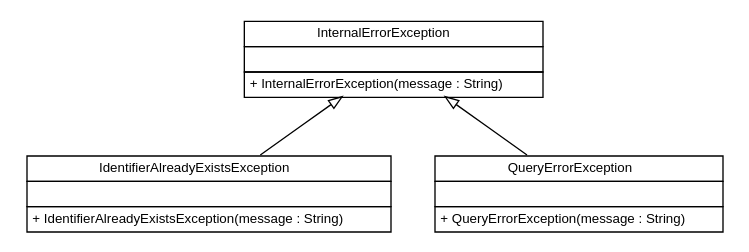
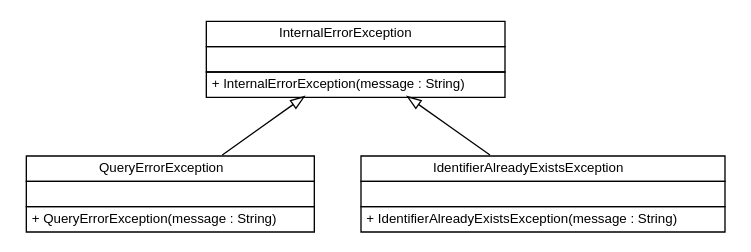
The diagram in site/apidocs/de/tud/plt/r43ples/exception/de.tud.plt.r43ples.exception.dot (adrianorzyszek/r43ples), drawn with Graphviz before and after one commit. The commit also changed 333 other files, not shown here.

```diff
--- a/site/apidocs/de/tud/plt/r43ples/exception/de.tud.plt.r43ples.exception.dot
+++ b/site/apidocs/de/tud/plt/r43ples/exception/de.tud.plt.r43ples.exception.dot
@@ -1,52 +1,52 @@
 #!/usr/local/bin/dot
 #
 # Class diagram 
 # Generated by UMLGraph version R5_6-24-gf6e263 (http://www.umlgraph.org/)
 #
 
 digraph G {
 	edge [fontname="Helvetica",fontsize=10,labelfontname="Helvetica",labelfontsize=10];
 	node [fontname="Helvetica",fontsize=10,shape=plaintext];
 	nodesep=0.25;
 	ranksep=0.5;
-	// de.tud.plt.r43ples.exception.IdentifierAlreadyExistsException
-	c279 [label=<<table title="de.tud.plt.r43ples.exception.IdentifierAlreadyExistsException" border="0" cellborder="1" cellspacing="0" cellpadding="2" port="p" href="./IdentifierAlreadyExistsException.html">
-		<tr><td><table border="0" cellspacing="0" cellpadding="1">
-<tr><td align="center" balign="center"> IdentifierAlreadyExistsException </td></tr>
-		</table></td></tr>
-		<tr><td><table border="0" cellspacing="0" cellpadding="1">
-<tr><td align="left" balign="left">  </td></tr>
-		</table></td></tr>
-		<tr><td><table border="0" cellspacing="0" cellpadding="1">
-<tr><td align="left" balign="left"> + IdentifierAlreadyExistsException(message : String) </td></tr>
-		</table></td></tr>
-		</table>>, URL="./IdentifierAlreadyExistsException.html", fontname="Helvetica", fontcolor="black", fontsize=10.0];
 	// de.tud.plt.r43ples.exception.InternalErrorException
-	c280 [label=<<table title="de.tud.plt.r43ples.exception.InternalErrorException" border="0" cellborder="1" cellspacing="0" cellpadding="2" port="p" href="./InternalErrorException.html">
+	c220 [label=<<table title="de.tud.plt.r43ples.exception.InternalErrorException" border="0" cellborder="1" cellspacing="0" cellpadding="2" port="p" href="./InternalErrorException.html">
 		<tr><td><table border="0" cellspacing="0" cellpadding="1">
 <tr><td align="center" balign="center"> InternalErrorException </td></tr>
 		</table></td></tr>
 		<tr><td><table border="0" cellspacing="0" cellpadding="1">
 <tr><td align="left" balign="left">  </td></tr>
 		</table></td></tr>
 		<tr><td><table border="0" cellspacing="0" cellpadding="1">
 <tr><td align="left" balign="left"> + InternalErrorException(message : String) </td></tr>
 		</table></td></tr>
 		</table>>, URL="./InternalErrorException.html", fontname="Helvetica", fontcolor="black", fontsize=10.0];
 	// de.tud.plt.r43ples.exception.QueryErrorException
-	c281 [label=<<table title="de.tud.plt.r43ples.exception.QueryErrorException" border="0" cellborder="1" cellspacing="0" cellpadding="2" port="p" href="./QueryErrorException.html">
+	c221 [label=<<table title="de.tud.plt.r43ples.exception.QueryErrorException" border="0" cellborder="1" cellspacing="0" cellpadding="2" port="p" href="./QueryErrorException.html">
 		<tr><td><table border="0" cellspacing="0" cellpadding="1">
 <tr><td align="center" balign="center"> QueryErrorException </td></tr>
 		</table></td></tr>
 		<tr><td><table border="0" cellspacing="0" cellpadding="1">
 <tr><td align="left" balign="left">  </td></tr>
 		</table></td></tr>
 		<tr><td><table border="0" cellspacing="0" cellpadding="1">
 <tr><td align="left" balign="left"> + QueryErrorException(message : String) </td></tr>
 		</table></td></tr>
 		</table>>, URL="./QueryErrorException.html", fontname="Helvetica", fontcolor="black", fontsize=10.0];
+	// de.tud.plt.r43ples.exception.IdentifierAlreadyExistsException
+	c222 [label=<<table title="de.tud.plt.r43ples.exception.IdentifierAlreadyExistsException" border="0" cellborder="1" cellspacing="0" cellpadding="2" port="p" href="./IdentifierAlreadyExistsException.html">
+		<tr><td><table border="0" cellspacing="0" cellpadding="1">
+<tr><td align="center" balign="center"> IdentifierAlreadyExistsException </td></tr>
+		</table></td></tr>
+		<tr><td><table border="0" cellspacing="0" cellpadding="1">
+<tr><td align="left" balign="left">  </td></tr>
+		</table></td></tr>
+		<tr><td><table border="0" cellspacing="0" cellpadding="1">
+<tr><td align="left" balign="left"> + IdentifierAlreadyExistsException(message : String) </td></tr>
+		</table></td></tr>
+		</table>>, URL="./IdentifierAlreadyExistsException.html", fontname="Helvetica", fontcolor="black", fontsize=10.0];
+	//de.tud.plt.r43ples.exception.QueryErrorException extends de.tud.plt.r43ples.exception.InternalErrorException
+	c220:p -> c221:p [dir=back,arrowtail=empty];
 	//de.tud.plt.r43ples.exception.IdentifierAlreadyExistsException extends de.tud.plt.r43ples.exception.InternalErrorException
-	c280:p -> c279:p [dir=back,arrowtail=empty];
-	//de.tud.plt.r43ples.exception.QueryErrorException extends de.tud.plt.r43ples.exception.InternalErrorException
-	c280:p -> c281:p [dir=back,arrowtail=empty];
+	c220:p -> c222:p [dir=back,arrowtail=empty];
 }
```
